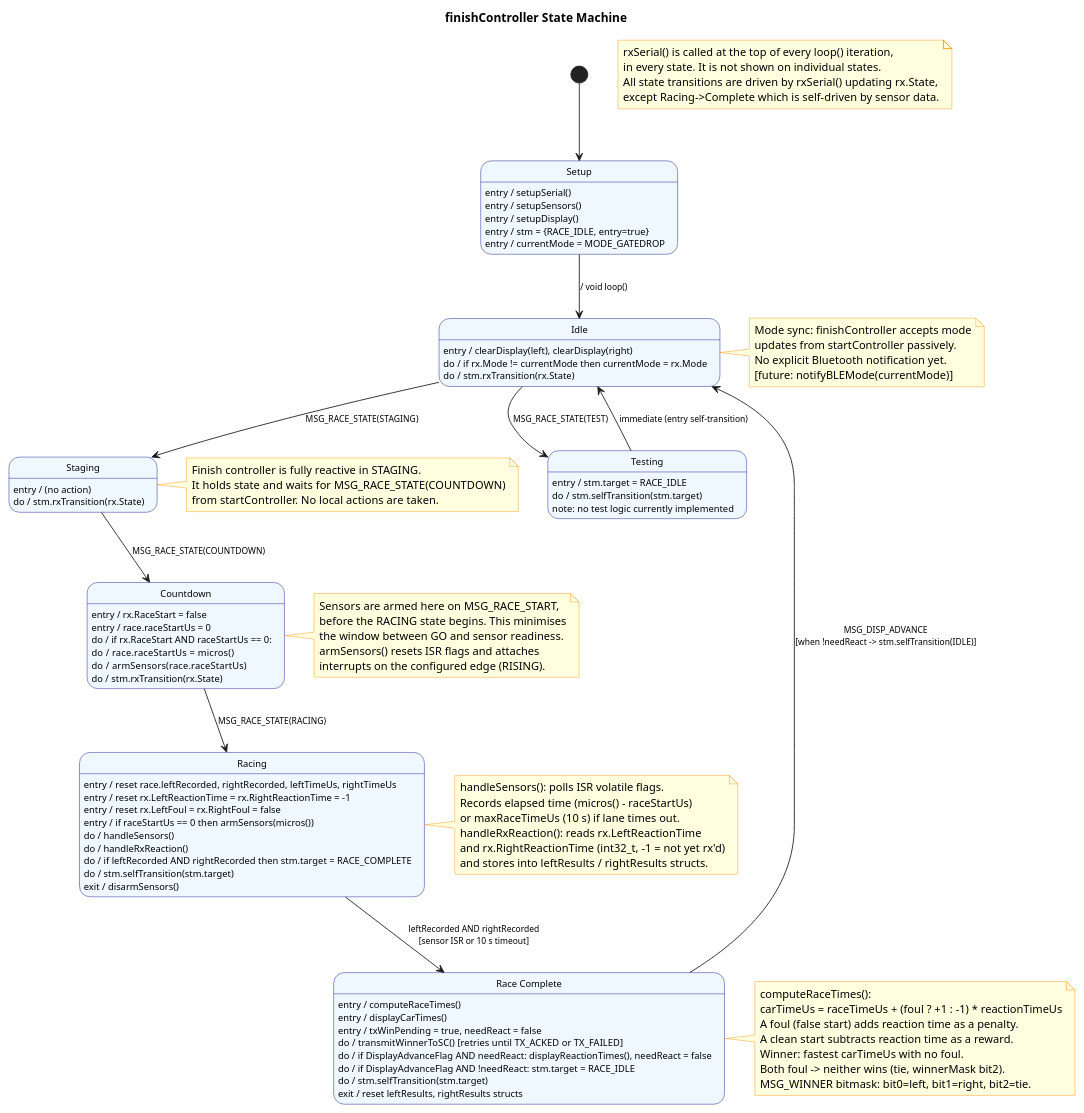
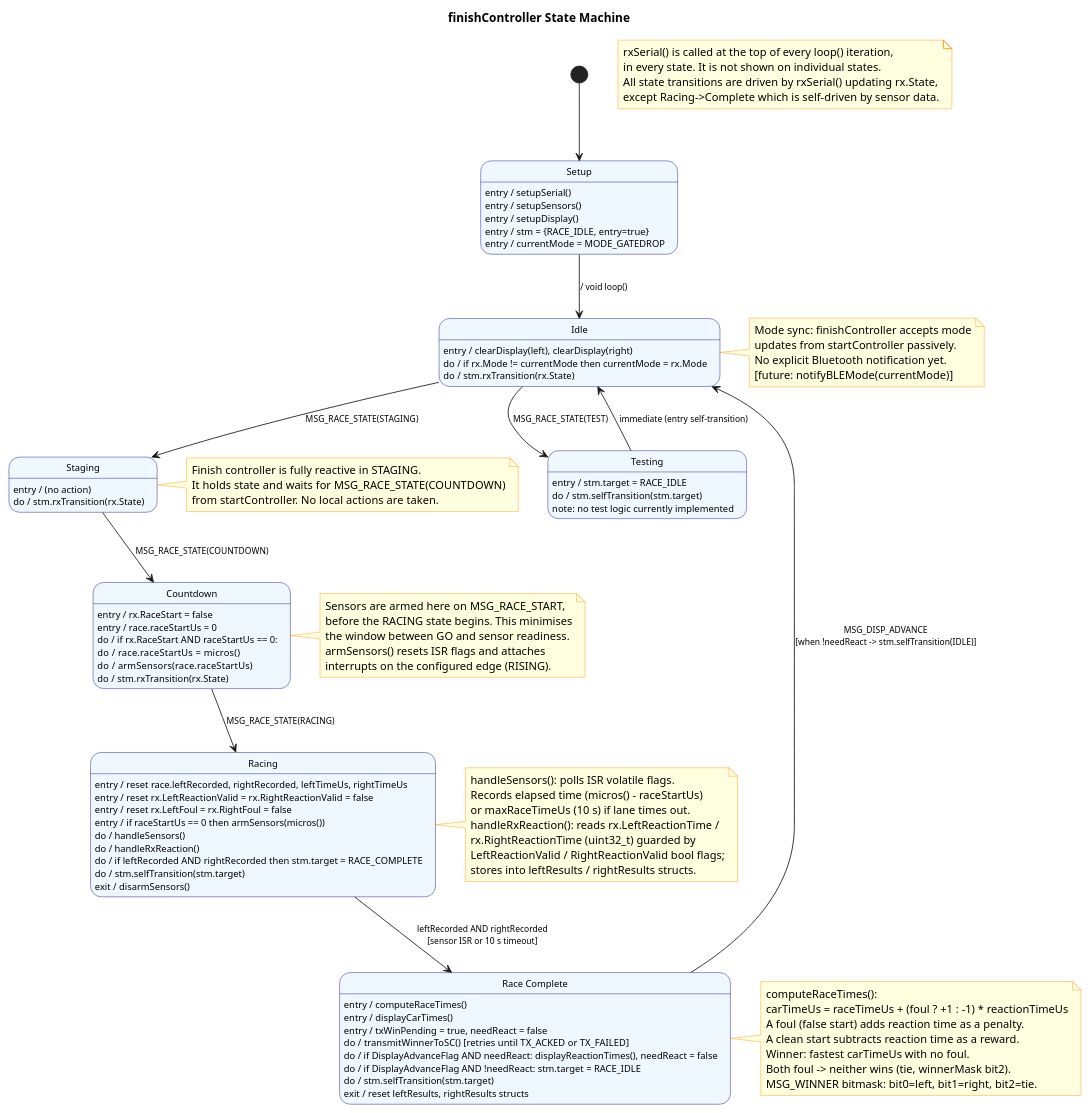
Before and after one commit to dgschaaf/DerbyTimer: the diagram in docs/PlantUML/stm_finishController.puml, drawn with PlantUML. The commit also changed 3 other files, not shown here.

```diff
--- a/docs/PlantUML/stm_finishController.puml
+++ b/docs/PlantUML/stm_finishController.puml
@@ -1,158 +1,159 @@
 @startuml finishController_STM
 skinparam state {
   BackgroundColor AliceBlue
   BorderColor Navy
   FontSize 11
   ArrowFontSize 10
 }
 skinparam noteBackgroundColor LightYellow
 skinparam noteBorderColor DarkOrange
 
 title finishController State Machine
 
 note as N_RX
   rxSerial() is called at the top of every loop() iteration,
   in every state. It is not shown on individual states.
   All state transitions are driven by rxSerial() updating rx.State,
   except Racing->Complete which is self-driven by sensor data.
 end note
 
 [*] --> Setup
 
 ' ============================================================
 ' SETUP
 ' ============================================================
 state "Setup" as Setup {
   Setup : entry / setupSerial()
   Setup : entry / setupSensors()
   Setup : entry / setupDisplay()
   Setup : entry / stm = {RACE_IDLE, entry=true}
   Setup : entry / currentMode = MODE_GATEDROP
 }
 
 Setup --> Idle : / void loop()
 
 ' ============================================================
 ' IDLE
 ' ============================================================
 state "Idle" as Idle {
   Idle : entry / clearDisplay(left), clearDisplay(right)
   Idle : do / if rx.Mode != currentMode then currentMode = rx.Mode
   Idle : do / stm.rxTransition(rx.State)
 }
 
 note right of Idle
   Mode sync: finishController accepts mode
   updates from startController passively.
   No explicit Bluetooth notification yet.
   [future: notifyBLEMode(currentMode)]
 end note
 
 ' ============================================================
 ' STAGING
 ' ============================================================
 state "Staging" as Staging {
   Staging : entry / (no action)
   Staging : do / stm.rxTransition(rx.State)
 }
 
 note right of Staging
   Finish controller is fully reactive in STAGING.
   It holds state and waits for MSG_RACE_STATE(COUNTDOWN)
   from startController. No local actions are taken.
 end note
 
 ' ============================================================
 ' COUNTDOWN
 ' ============================================================
 state "Countdown" as Countdown {
   Countdown : entry / rx.RaceStart = false
   Countdown : entry / race.raceStartUs = 0
   Countdown : do / if rx.RaceStart AND raceStartUs == 0:
   Countdown : do /   race.raceStartUs = micros()
   Countdown : do /   armSensors(race.raceStartUs)
   Countdown : do / stm.rxTransition(rx.State)
 }
 
 note right of Countdown
   Sensors are armed here on MSG_RACE_START,
   before the RACING state begins. This minimises
   the window between GO and sensor readiness.
   armSensors() resets ISR flags and attaches
   interrupts on the configured edge (RISING).
 end note
 
 ' ============================================================
 ' RACING
 ' ============================================================
 state "Racing" as Racing {
   Racing : entry / reset race.leftRecorded, rightRecorded, leftTimeUs, rightTimeUs
-  Racing : entry / reset rx.LeftReactionTime = rx.RightReactionTime = -1
+  Racing : entry / reset rx.LeftReactionValid = rx.RightReactionValid = false
   Racing : entry / reset rx.LeftFoul = rx.RightFoul = false
   Racing : entry / if raceStartUs == 0 then armSensors(micros())
   Racing : do / handleSensors()
   Racing : do / handleRxReaction()
   Racing : do / if leftRecorded AND rightRecorded then stm.target = RACE_COMPLETE
   Racing : do / stm.selfTransition(stm.target)
   Racing : exit / disarmSensors()
 }
 
 note right of Racing
   handleSensors(): polls ISR volatile flags.
   Records elapsed time (micros() - raceStartUs)
   or maxRaceTimeUs (10 s) if lane times out.
-  handleRxReaction(): reads rx.LeftReactionTime
-  and rx.RightReactionTime (int32_t, -1 = not yet rx'd)
-  and stores into leftResults / rightResults structs.
+  handleRxReaction(): reads rx.LeftReactionTime /
+  rx.RightReactionTime (uint32_t) guarded by
+  LeftReactionValid / RightReactionValid bool flags;
+  stores into leftResults / rightResults structs.
 end note
 
 ' ============================================================
 ' RACE COMPLETE
 ' ============================================================
 state "Race Complete" as RaceComplete {
   RaceComplete : entry / computeRaceTimes()
   RaceComplete : entry / displayCarTimes()
   RaceComplete : entry / txWinPending = true, needReact = false
   RaceComplete : do / transmitWinnerToSC()  [retries until TX_ACKED or TX_FAILED]
   RaceComplete : do / if DisplayAdvanceFlag AND needReact: displayReactionTimes(), needReact = false
   RaceComplete : do / if DisplayAdvanceFlag AND !needReact: stm.target = RACE_IDLE
   RaceComplete : do / stm.selfTransition(stm.target)
   RaceComplete : exit / reset leftResults, rightResults structs
 }
 
 note right of RaceComplete
   computeRaceTimes():
   carTimeUs = raceTimeUs + (foul ? +1 : -1) * reactionTimeUs
   A foul (false start) adds reaction time as a penalty.
   A clean start subtracts reaction time as a reward.
   Winner: fastest carTimeUs with no foul.
   Both foul -> neither wins (tie, winnerMask bit2).
   MSG_WINNER bitmask: bit0=left, bit1=right, bit2=tie.
 end note
 
 ' ============================================================
 ' TESTING  (stub: immediately self-transitions to IDLE)
 ' ============================================================
 state "Testing" as Testing {
   Testing : entry / stm.target = RACE_IDLE
   Testing : do / stm.selfTransition(stm.target)
   Testing : note: no test logic currently implemented
 }
 
 ' ============================================================
 ' TRANSITIONS
 ' ============================================================
 Idle        --> Staging      : MSG_RACE_STATE(STAGING)
 Idle        --> Testing      : MSG_RACE_STATE(TEST)
 
 Staging     --> Countdown    : MSG_RACE_STATE(COUNTDOWN)
 
 Countdown   --> Racing       : MSG_RACE_STATE(RACING)
 
 Racing      --> RaceComplete : leftRecorded AND rightRecorded\n[sensor ISR or 10 s timeout]
 
 RaceComplete --> Idle        : MSG_DISP_ADVANCE\n[when !needReact -> stm.selfTransition(IDLE)]
 
 Testing     --> Idle         : immediate (entry self-transition)
 
 @enduml
```
